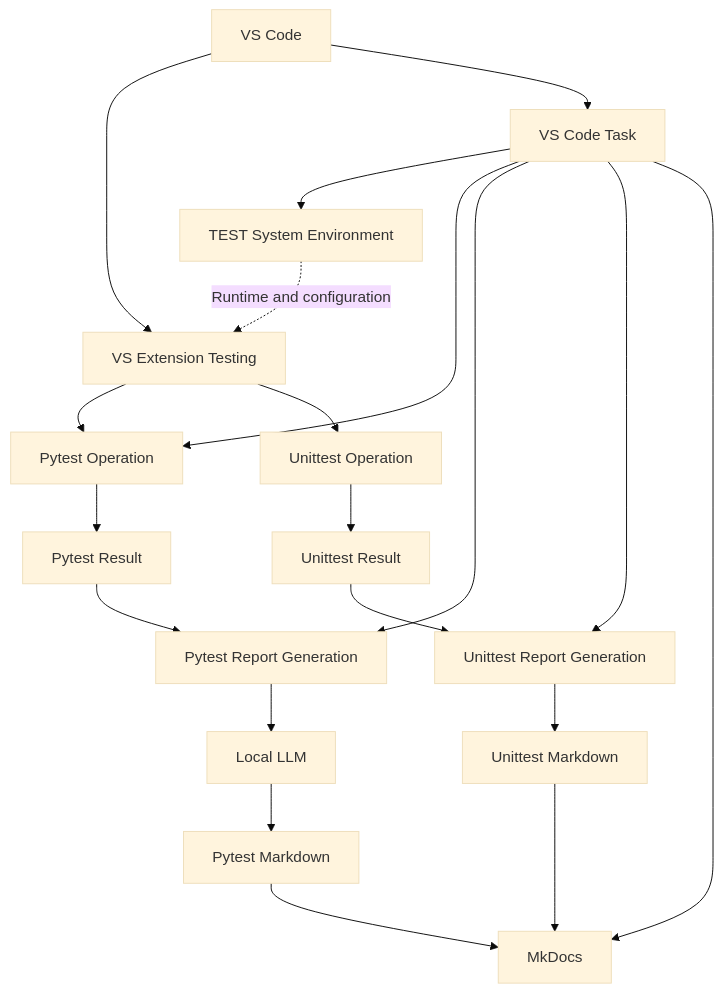
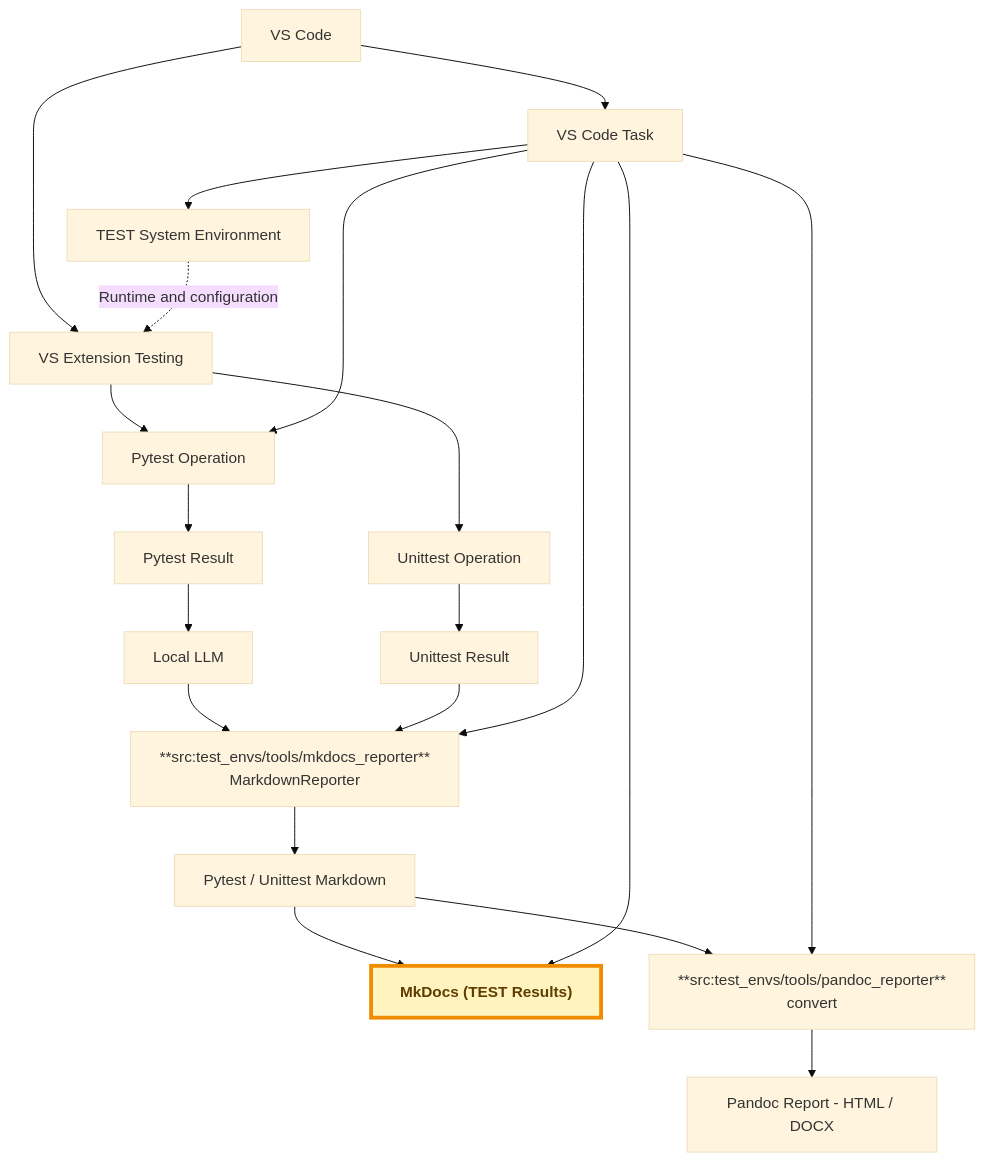
One commit to JeonghunLee/AI-driven-CI-CT changed the first of 2 diagrams in docs/index.md. Above: the diagram before and after it, drawn with Mermaid (base theme). The commit also changed other lines of this file, not shown here.

Commit message:
docs: Update flowchart and reporting structure in index.md for clarity and improved documentation

````diff
--- a/docs/index.md
+++ b/docs/index.md
@@ -55,35 +55,39 @@
 ```mermaid
 flowchart TD
     VSCODE[VS Code]
     EXTENSION[VS Extension Testing]
     TASK[VS Code Task]
     ENV[TEST System Environment]
     PYTEST[Pytest Operation]
     UNITTEST[Unittest Operation]
     PYTEST_RESULT[Pytest Result]
     UNITTEST_RESULT[Unittest Result]
-    PYTEST_REPORT[Pytest Report Generation]
-    UNITTEST_REPORT[Unittest Report Generation]
     LLM[Local LLM]
-    PYTEST_MD[Pytest Markdown]
-    UNITTEST_MD[Unittest Markdown]
-    MKDOCS[MkDocs]
+    REPORTER["**src:test_envs/tools/mkdocs_reporter**<br/>MarkdownReporter"]
+    MARKDOWN["Pytest / Unittest Markdown"]
+    MKDOCS["MkDocs (TEST Results)"]
+    PANDOC_REPORTER["**src:test_envs/tools/pandoc_reporter**<br/>convert"]
+    PANDOC[Pandoc Report - HTML / DOCX]
 
     VSCODE --> EXTENSION
     VSCODE --> TASK
     TASK --> ENV
     ENV -. Runtime and configuration .-> EXTENSION
 
     EXTENSION --> PYTEST
     EXTENSION --> UNITTEST
     TASK --> PYTEST
 
-    PYTEST --> PYTEST_RESULT --> PYTEST_REPORT --> LLM --> PYTEST_MD
-    UNITTEST --> UNITTEST_RESULT --> UNITTEST_REPORT --> UNITTEST_MD
+    PYTEST --> PYTEST_RESULT --> LLM --> REPORTER
+    UNITTEST --> UNITTEST_RESULT --> REPORTER
 
-    TASK --> PYTEST_REPORT
-    TASK --> UNITTEST_REPORT
-    PYTEST_MD --> MKDOCS
-    UNITTEST_MD --> MKDOCS
+    TASK --> REPORTER
+    REPORTER --> MARKDOWN
+    MARKDOWN --> MKDOCS
+    MARKDOWN --> PANDOC_REPORTER --> PANDOC
     TASK --> MKDOCS
+    TASK --> PANDOC_REPORTER
+
+    classDef testResults fill:#fff3bf,stroke:#f08c00,stroke-width:4px,color:#5f3d00,font-weight:bold
+    class MKDOCS testResults
 ```
````
